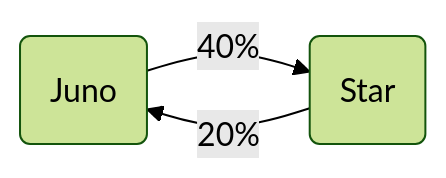
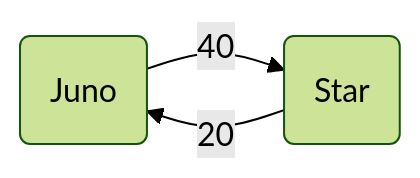
The first of 5 diagrams in docs/UseCases.md (0xVov5/mesh), drawn with Mermaid before and after one commit. The commit also changed other lines of this file and 1 other file, not shown here.

````diff
--- a/docs/UseCases.md
+++ b/docs/UseCases.md
@@ -9,6 +21,6 @@
 ```mermaid
 flowchart LR
   %%{init: {'theme': 'forest'}}%%
-  A(Juno) -- 40% --> B(Star);
-  B -- 20% --> A;
+  A(Juno) -- 40 --> B(Star);
+  B -- 20 --> A;
 ```
````
